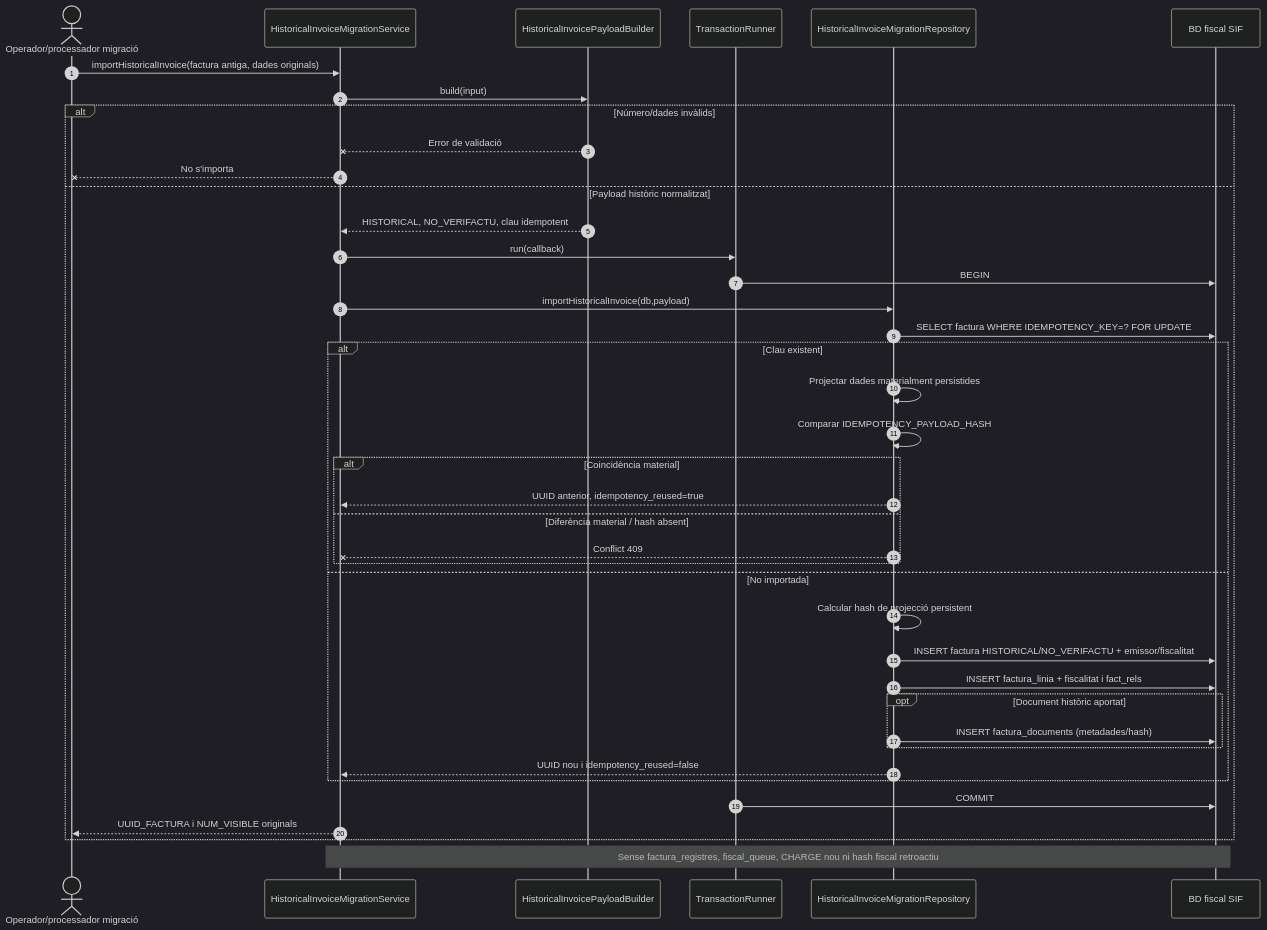
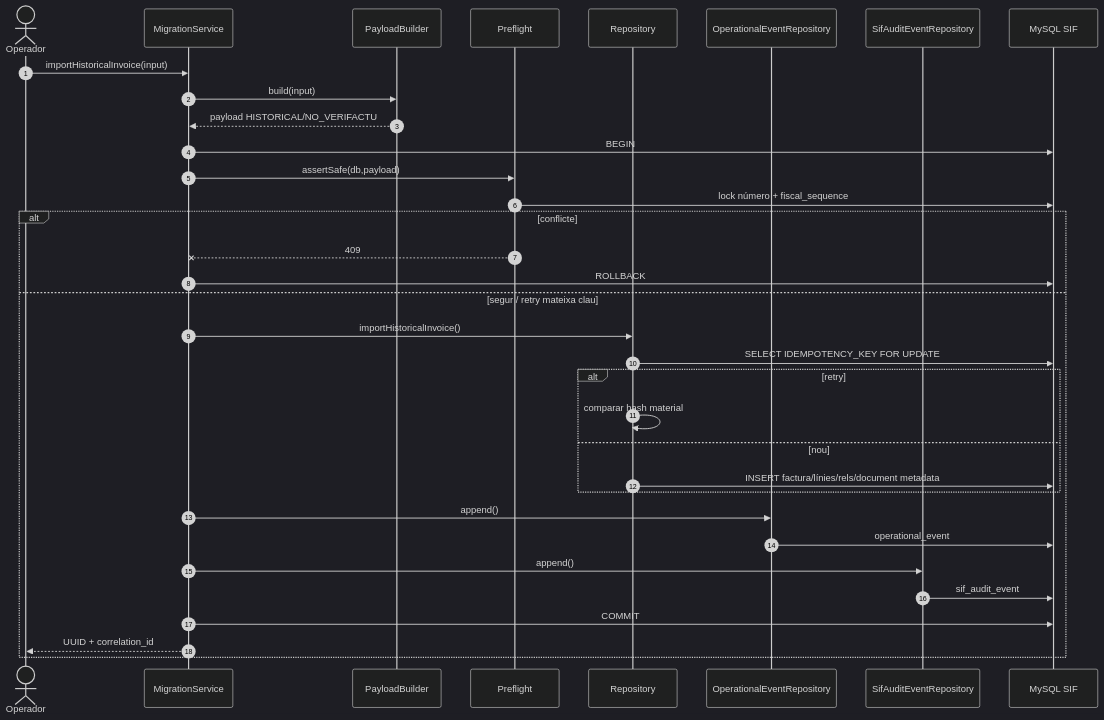
The third of 4 diagrams in documentacio/07-uml-integrat/uc-011-importar-factura-historica.md (orgmeriemprismacat-del/verifactu), drawn with Mermaid (dark theme) before and after one commit. The commit also changed other lines of this file, not shown here.

Commit message:
docs(UC-011): reconciliar estat FINAL, preflight i auditoria

````diff
--- a/documentacio/07-uml-integrat/uc-011-importar-factura-historica.md
+++ b/documentacio/07-uml-integrat/uc-011-importar-factura-historica.md
@@ -178,42 +57,37 @@
-```mermaid
+~~~mermaid
 sequenceDiagram
 autonumber
-actor O as Operador/processador migració
-participant S as HistoricalInvoiceMigrationService
-participant B as HistoricalInvoicePayloadBuilder
-participant T as TransactionRunner
-participant R as HistoricalInvoiceMigrationRepository
-participant DB as BD fiscal SIF
-O->>S: importHistoricalInvoice(factura antiga, dades originals)
+actor O as Operador
+participant S as MigrationService
+participant B as PayloadBuilder
+participant P as Preflight
+participant R as Repository
+participant OP as OperationalEventRepository
+participant AU as SifAuditEventRepository
+participant DB as MySQL SIF
+
+O->>S: importHistoricalInvoice(input)
 S->>B: build(input)
-alt Número/dades invàlids
- B--xS: Error de validació
- S--xO: No s'importa
-else Payload històric normalitzat
- B-->>S: HISTORICAL, NO_VERIFACTU, clau idempotent
- S->>T: run(callback)
- T->>DB: BEGIN
- S->>R: importHistoricalInvoice(db,payload)
- R->>DB: SELECT factura WHERE IDEMPOTENCY_KEY=? FOR UPDATE
- alt Clau existent
-  R->>R: Projectar dades materialment persistides
-  R->>R: Comparar IDEMPOTENCY_PAYLOAD_HASH
-  alt Coincidència material
-   R-->>S: UUID anterior, idempotency_reused=true
-  else Diferència material / hash absent
-   R--xS: Conflict 409
-  end
- else No importada
-  R->>R: Calcular hash de projecció persistent
-  R->>DB: INSERT factura HISTORICAL/NO_VERIFACTU + emissor/fiscalitat
-  R->>DB: INSERT factura_linia + fiscalitat i fact_rels
-  opt Document històric aportat
-   R->>DB: INSERT factura_documents (metadades/hash)
-  end
-  R-->>S: UUID nou i idempotency_reused=false
+B-->>S: payload HISTORICAL/NO_VERIFACTU
+S->>DB: BEGIN
+S->>P: assertSafe(db,payload)
+P->>DB: lock número + fiscal_sequence
+alt conflicte
+ P--xS: 409
+ S->>DB: ROLLBACK
+else segur / retry mateixa clau
+ S->>R: importHistoricalInvoice()
+ R->>DB: SELECT IDEMPOTENCY_KEY FOR UPDATE
+ alt retry
+  R->>R: comparar hash material
+ else nou
+  R->>DB: INSERT factura/línies/rels/document metadata
  end
- T->>DB: COMMIT
- S-->>O: UUID_FACTURA i NUM_VISIBLE originals
+ S->>OP: append()
+ OP->>DB: operational_event
+ S->>AU: append()
+ AU->>DB: sif_audit_event
+ S->>DB: COMMIT
+ S-->>O: UUID + correlation_id
 end
-Note over S,DB: Sense factura_registres, fiscal_queue, CHARGE nou ni hash fiscal retroactiu
-```
+~~~
````
